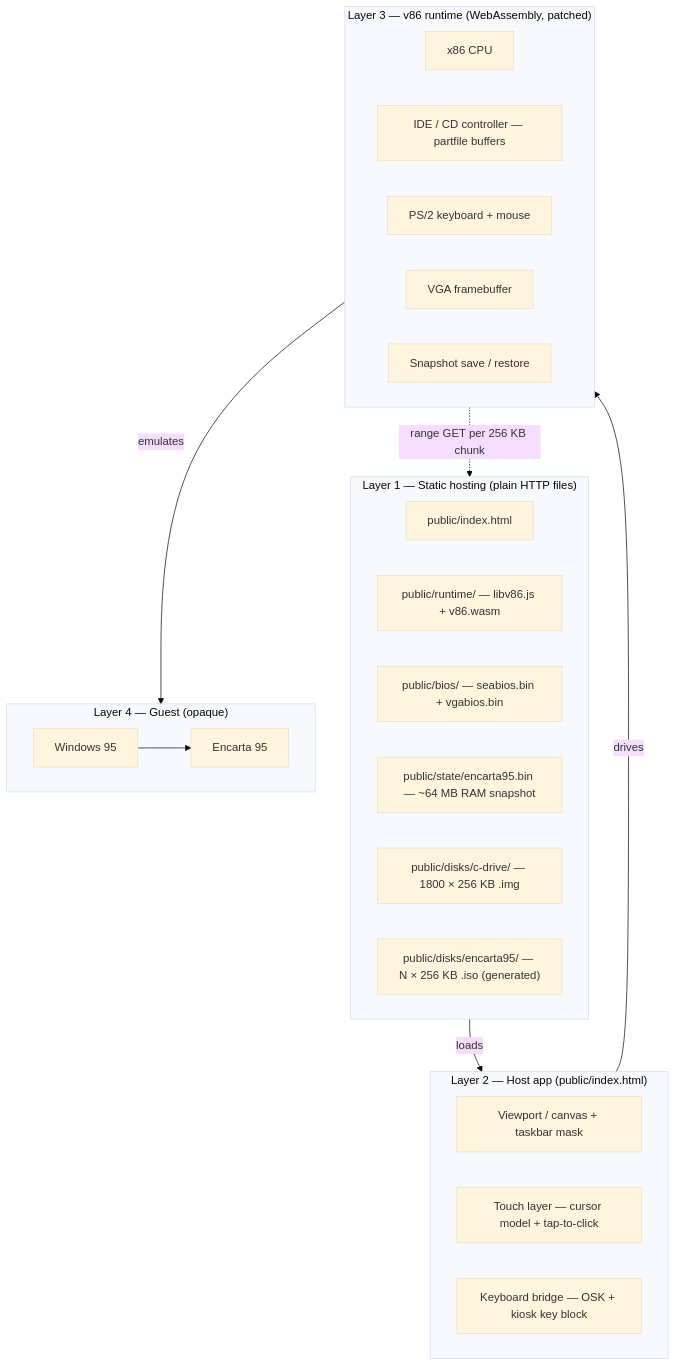
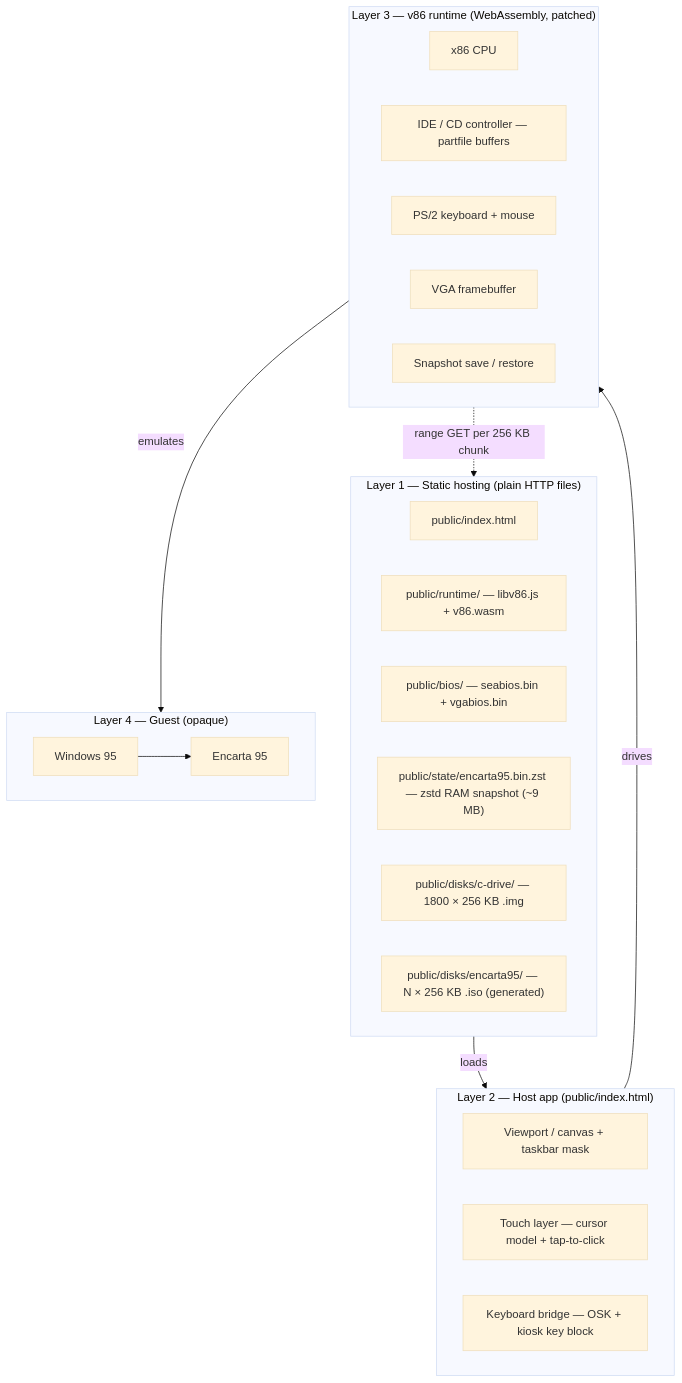
Before and after one commit to benwinding/encarta_95_web: the first of 2 diagrams in notes/ARCHITECTURE.md, drawn with Mermaid (base theme). The commit also changed other lines of this file and 6 other files, not shown here.

Commit message:
Serve zstd-compressed snapshot (9.3 MB vs 50 MB)

````diff
--- a/notes/ARCHITECTURE.md
+++ b/notes/ARCHITECTURE.md
@@ -26,38 +26,38 @@
 ```mermaid
 flowchart TB
   subgraph L1["Layer 1 — Static hosting (plain HTTP files)"]
     direction LR
     F1["public/index.html"]
     F2["public/runtime/ — libv86.js + v86.wasm"]
     F3["public/bios/ — seabios.bin + vgabios.bin"]
-    F4["public/state/encarta95.bin — ~64 MB RAM snapshot"]
+    F4["public/state/encarta95.bin.zst — zstd RAM snapshot (~9 MB)"]
     F5["public/disks/c-drive/ — 1800 × 256 KB .img"]
     F6["public/disks/encarta95/ — N × 256 KB .iso (generated)"]
   end
 
   subgraph L2["Layer 2 — Host app (public/index.html)"]
     direction LR
     A1["Viewport / canvas + taskbar mask"]
     A3["Touch layer — cursor model + tap-to-click"]
     A4["Keyboard bridge — OSK + kiosk key block"]
   end
 
   subgraph L3["Layer 3 — v86 runtime (WebAssembly, patched)"]
     direction LR
     R1["x86 CPU"]
     R2["IDE / CD controller — partfile buffers"]
     R3["PS/2 keyboard + mouse"]
     R4["VGA framebuffer"]
     R5["Snapshot save / restore"]
   end
 
   subgraph L4["Layer 4 — Guest (opaque)"]
     direction LR
     G1["Windows 95"] --> G2["Encarta 95"]
   end
 
   L1 -->|loads| L2
   L2 -->|drives| L3
   L3 -->|emulates| L4
   L3 -.->|range GET per 256 KB chunk| L1
 ```
````
